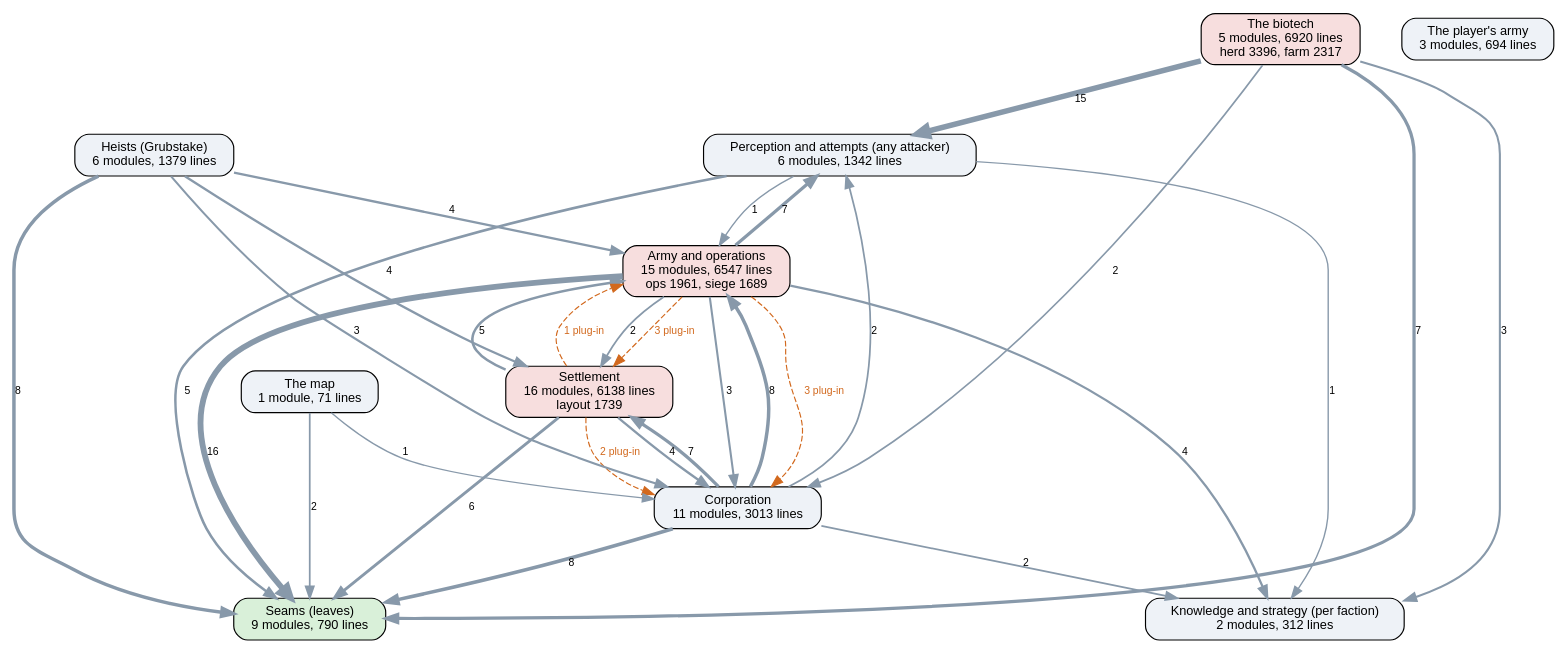
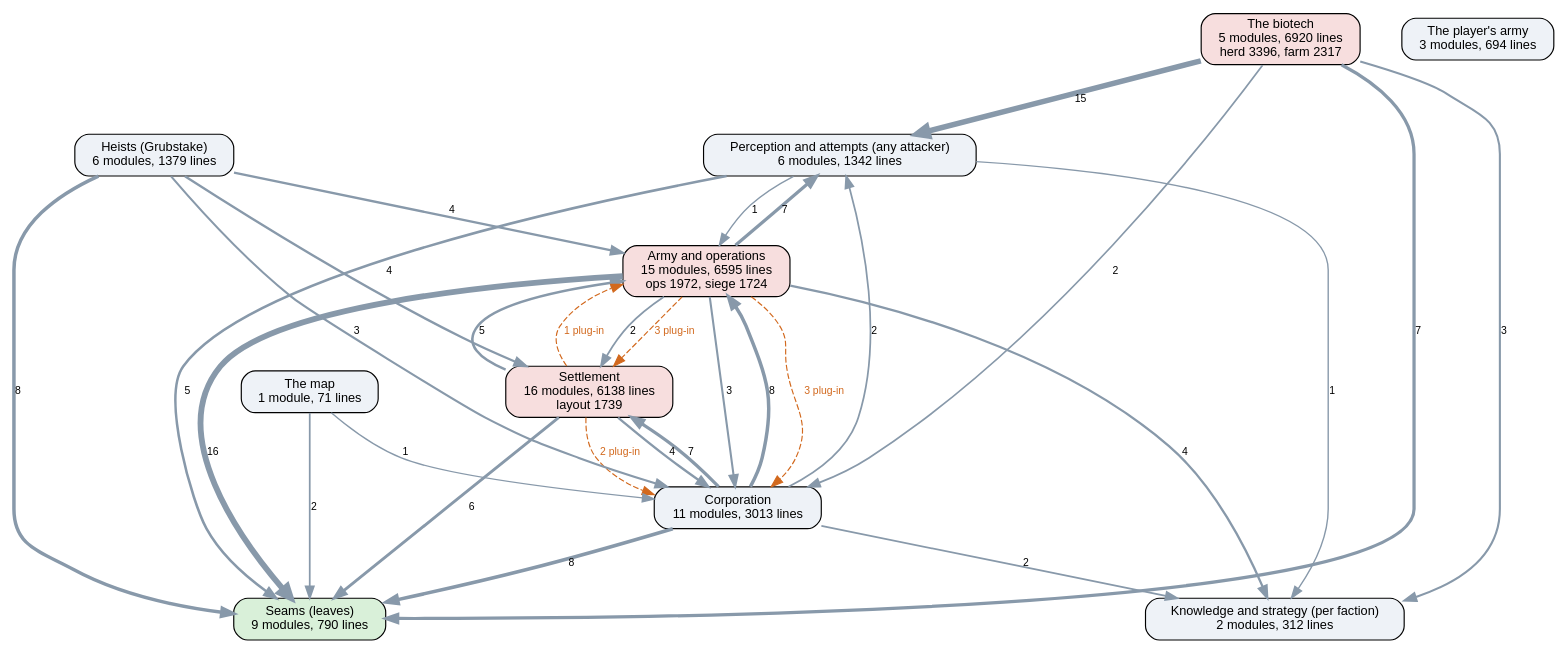
Before and after one commit to kinelhu/landing-party: the diagram in docs/ai-layers.dot, drawn with Graphviz. The commit also changed 12 other files, not shown here.

```diff
--- a/docs/ai-layers.dot
+++ b/docs/ai-layers.dot
@@ -1,45 +1,45 @@
 digraph layers {
   graph [rankdir=TB, fontname="Helvetica", nodesep=0.5, ranksep=0.7];
   node [shape=box, style="rounded,filled", fontname="Helvetica", fontsize=11, fillcolor="#eef2f7"];
   edge [color="#8899aa", fontname="Helvetica", fontsize=9];
   "Seams (leaves)" [label="Seams (leaves)\n9 modules, 790 lines", fillcolor="#d9f0d9"];
   "Perception and attempts (any attacker)" [label="Perception and attempts (any attacker)\n6 modules, 1342 lines", fillcolor="#eef2f7"];
   "Knowledge and strategy (per faction)" [label="Knowledge and strategy (per faction)\n2 modules, 312 lines", fillcolor="#eef2f7"];
   "Corporation" [label="Corporation\n11 modules, 3013 lines", fillcolor="#eef2f7"];
   "Settlement" [label="Settlement\n16 modules, 6138 lines\nlayout 1739", fillcolor="#f7dede"];
-  "Army and operations" [label="Army and operations\n15 modules, 6547 lines\nops 1961, siege 1689", fillcolor="#f7dede"];
+  "Army and operations" [label="Army and operations\n15 modules, 6595 lines\nops 1972, siege 1724", fillcolor="#f7dede"];
   "Heists (Grubstake)" [label="Heists (Grubstake)\n6 modules, 1379 lines", fillcolor="#eef2f7"];
   "The biotech" [label="The biotech\n5 modules, 6920 lines\nherd 3396, farm 2317", fillcolor="#f7dede"];
   "The map" [label="The map\n1 module, 71 lines", fillcolor="#eef2f7"];
   "The player's army" [label="The player's army\n3 modules, 694 lines", fillcolor="#eef2f7"];
   "Army and operations" -> "Corporation" [label="3", penwidth=1.8];
   "Army and operations" -> "Knowledge and strategy (per faction)" [label="4", penwidth=2.0];
   "Army and operations" -> "Perception and attempts (any attacker)" [label="7", penwidth=2.8];
   "Army and operations" -> "Seams (leaves)" [label="16", penwidth=5.0];
   "Army and operations" -> "Settlement" [label="2", penwidth=1.5];
   "Corporation" -> "Army and operations" [label="8", penwidth=3.0];
   "Corporation" -> "Knowledge and strategy (per faction)" [label="2", penwidth=1.5];
   "Corporation" -> "Perception and attempts (any attacker)" [label="2", penwidth=1.5];
   "Corporation" -> "Seams (leaves)" [label="8", penwidth=3.0];
   "Corporation" -> "Settlement" [label="7", penwidth=2.8];
   "Heists (Grubstake)" -> "Army and operations" [label="4", penwidth=2.0];
   "Heists (Grubstake)" -> "Corporation" [label="3", penwidth=1.8];
   "Heists (Grubstake)" -> "Seams (leaves)" [label="8", penwidth=3.0];
   "Heists (Grubstake)" -> "Settlement" [label="4", penwidth=2.0];
   "Perception and attempts (any attacker)" -> "Army and operations" [label="1", penwidth=1.2];
   "Perception and attempts (any attacker)" -> "Knowledge and strategy (per faction)" [label="1", penwidth=1.2];
   "Perception and attempts (any attacker)" -> "Seams (leaves)" [label="5", penwidth=2.2];
   "Settlement" -> "Army and operations" [label="5", penwidth=2.2];
   "Settlement" -> "Corporation" [label="4", penwidth=2.0];
   "Settlement" -> "Seams (leaves)" [label="6", penwidth=2.5];
   "The biotech" -> "Corporation" [label="2", penwidth=1.5];
   "The biotech" -> "Knowledge and strategy (per faction)" [label="3", penwidth=1.8];
   "The biotech" -> "Perception and attempts (any attacker)" [label="15", penwidth=4.8];
   "The biotech" -> "Seams (leaves)" [label="7", penwidth=2.8];
   "The map" -> "Corporation" [label="1", penwidth=1.2];
   "The map" -> "Seams (leaves)" [label="2", penwidth=1.5];
   "Army and operations" -> "Corporation" [style=dashed, color="#d2691e", fontcolor="#d2691e", label="3 plug-in"];
   "Army and operations" -> "Settlement" [style=dashed, color="#d2691e", fontcolor="#d2691e", label="3 plug-in"];
   "Settlement" -> "Army and operations" [style=dashed, color="#d2691e", fontcolor="#d2691e", label="1 plug-in"];
   "Settlement" -> "Corporation" [style=dashed, color="#d2691e", fontcolor="#d2691e", label="2 plug-in"];
 }
```
